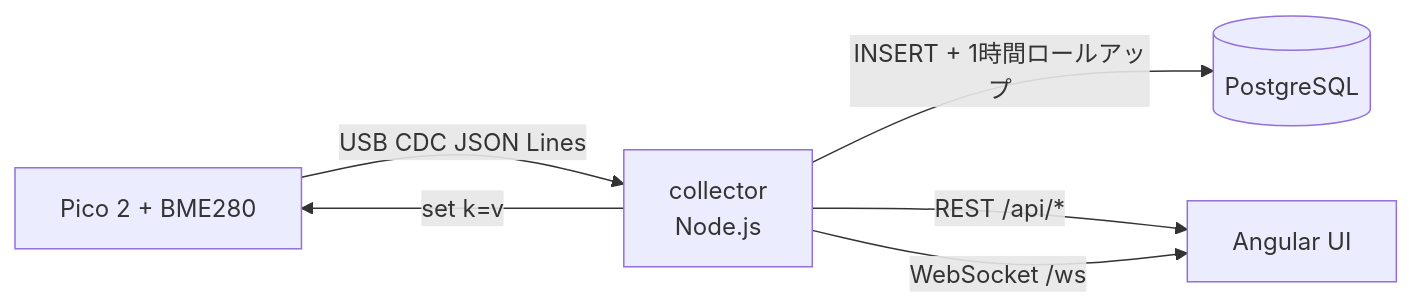
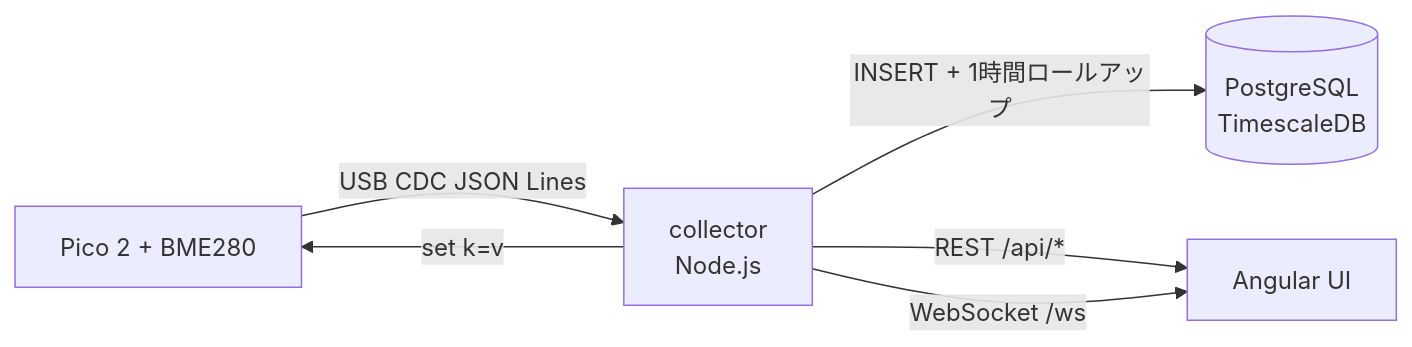
One commit to taakad/pico2-bme280-monitor changed the diagram in README.md. Above: the diagram before and after it, drawn with Mermaid. The commit also changed other lines of this file and 5 other files, not shown here.

````diff
--- a/README.md
+++ b/README.md
@@ -416,8 +441,8 @@
 ```mermaid
 graph LR
     P[Pico 2 + BME280] -->|USB CDC JSON Lines| C[collector<br/>Node.js]
-    C -->|INSERT + 1時間ロールアップ| D[(PostgreSQL)]
+    C -->|INSERT + 1時間ロールアップ| D[(PostgreSQL<br/>TimescaleDB)]
     C -->|REST /api/*| U[Angular UI]
     C -->|WebSocket /ws| U
     C -->|set k=v| P
 ```
````
